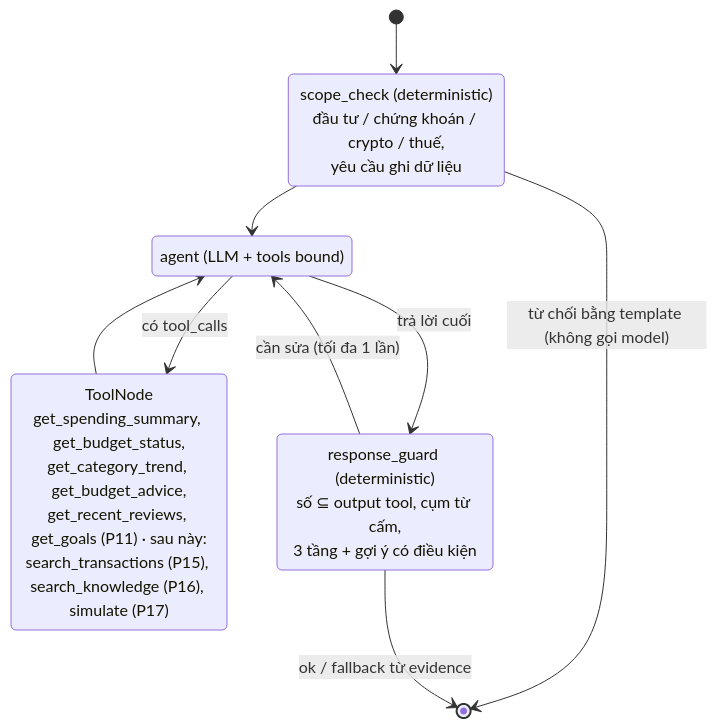
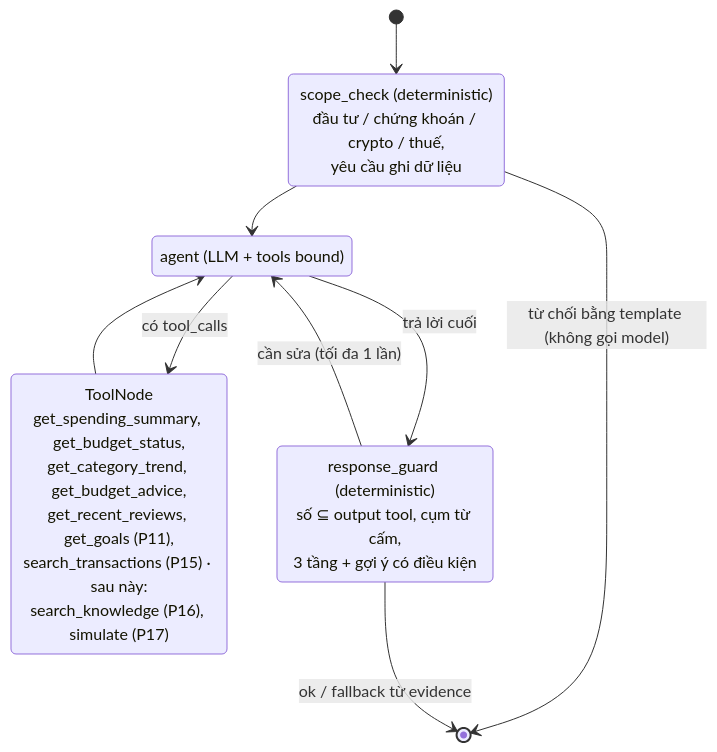
Before and after one commit to dangbh96/AI-personal-finance-assistant: the second of 3 diagrams in docs/architecture/ai-architecture.md, drawn with Mermaid. The commit also changed other lines of this file and 47 other files, not shown here.

````diff
--- a/docs/architecture/ai-architecture.md
+++ b/docs/architecture/ai-architecture.md
@@ -129,15 +149,15 @@
 ```mermaid
 stateDiagram-v2
     [*] --> scope_check
     scope_check: scope_check (deterministic)<br/>đầu tư / chứng khoán / crypto / thuế,<br/>yêu cầu ghi dữ liệu
     scope_check --> [*]: từ chối bằng template (không gọi model)
     scope_check --> agent
     agent: agent (LLM + tools bound)
     agent --> tools: có tool_calls
-    tools: ToolNode<br/>get_spending_summary, get_budget_status,<br/>get_category_trend, get_budget_advice,<br/>get_recent_reviews, get_goals (P11) · sau này:<br/>search_transactions (P15), search_knowledge (P16), simulate (P17)
+    tools: ToolNode<br/>get_spending_summary, get_budget_status,<br/>get_category_trend, get_budget_advice,<br/>get_recent_reviews, get_goals (P11),<br/>search_transactions (P15) · sau này:<br/>search_knowledge (P16), simulate (P17)
     tools --> agent
     agent --> guard: trả lời cuối
     guard: response_guard (deterministic)<br/>số ⊆ output tool, cụm từ cấm,<br/>3 tầng + gợi ý có điều kiện
     guard --> agent: cần sửa (tối đa 1 lần)
     guard --> [*]: ok / fallback từ evidence
 ```
````
